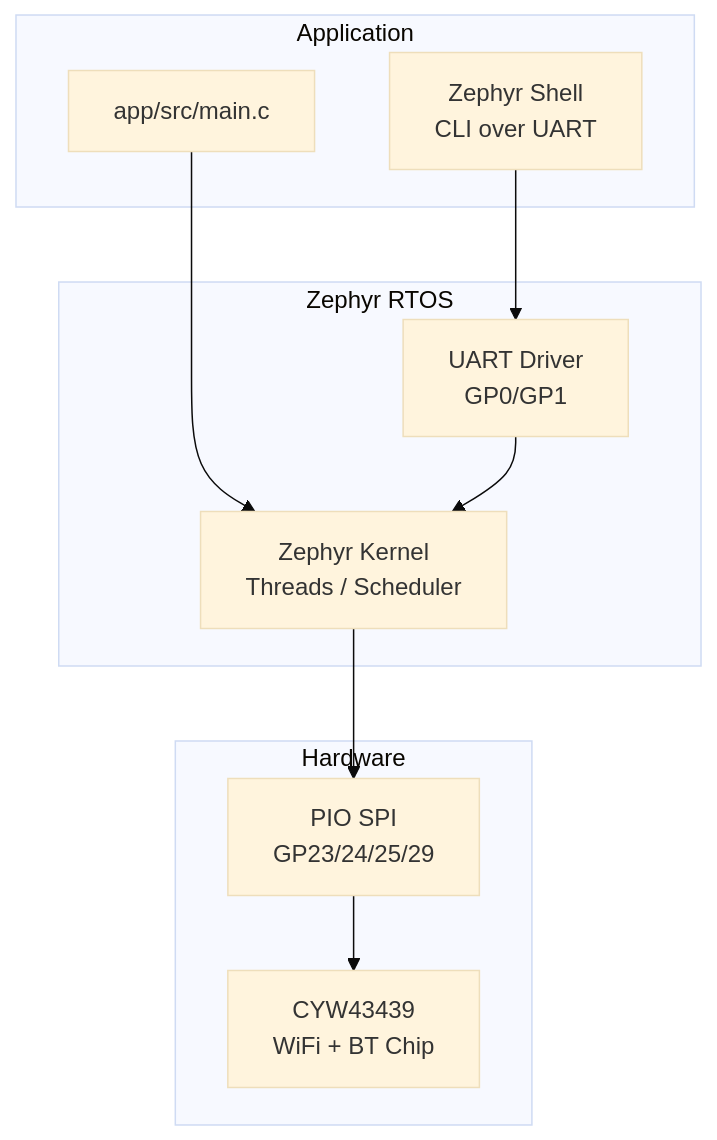
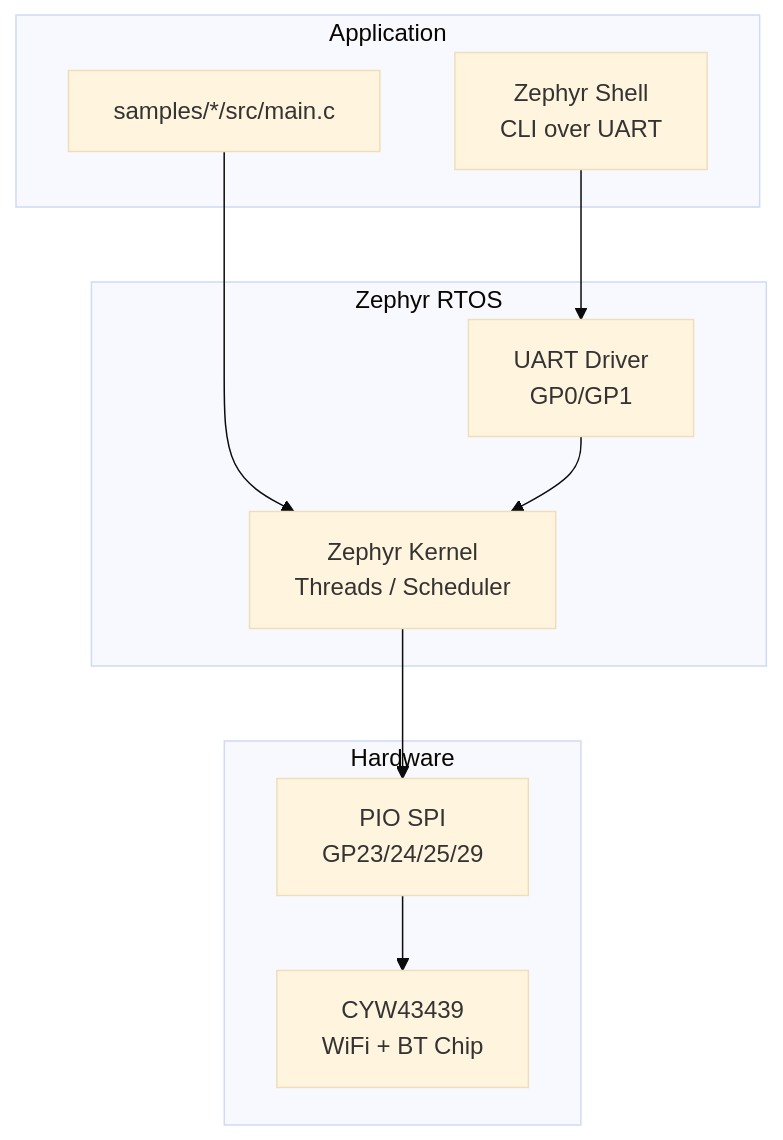
One commit to aaronduignan/rpi-pico-w-zephyr changed the first of 2 diagrams in docs/architecture/sw-stack.md. Above: the diagram before and after it, drawn with Mermaid (base theme). The commit also changed 6 other files, not shown here.

````diff
--- a/docs/architecture/sw-stack.md
+++ b/docs/architecture/sw-stack.md
@@ -5,23 +5,23 @@
 ```mermaid
 graph TD
     subgraph Application
-        APP["app/src/main.c"]
+        APP["samples/*/src/main.c"]
         SHELL["Zephyr Shell\nCLI over UART"]
     end
 
     subgraph Zephyr RTOS
         KERNEL["Zephyr Kernel\nThreads / Scheduler"]
         UART_DRV["UART Driver\nGP0/GP1"]
     end
 
     subgraph Hardware
         PIO_SPI["PIO SPI\nGP23/24/25/29"]
         CYW43HW["CYW43439\nWiFi + BT Chip"]
     end
 
     APP --> KERNEL
     SHELL --> UART_DRV
     UART_DRV --> KERNEL
     KERNEL --> PIO_SPI
     PIO_SPI --> CYW43HW
 ```
````
